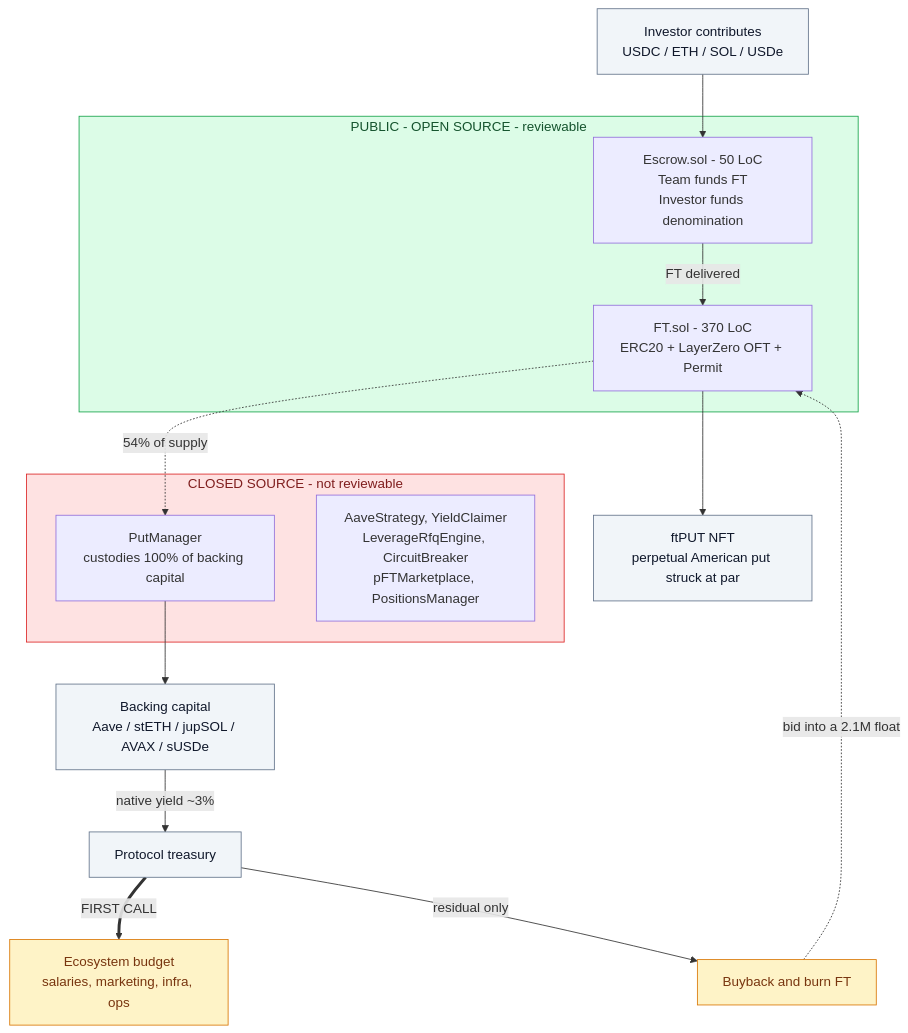
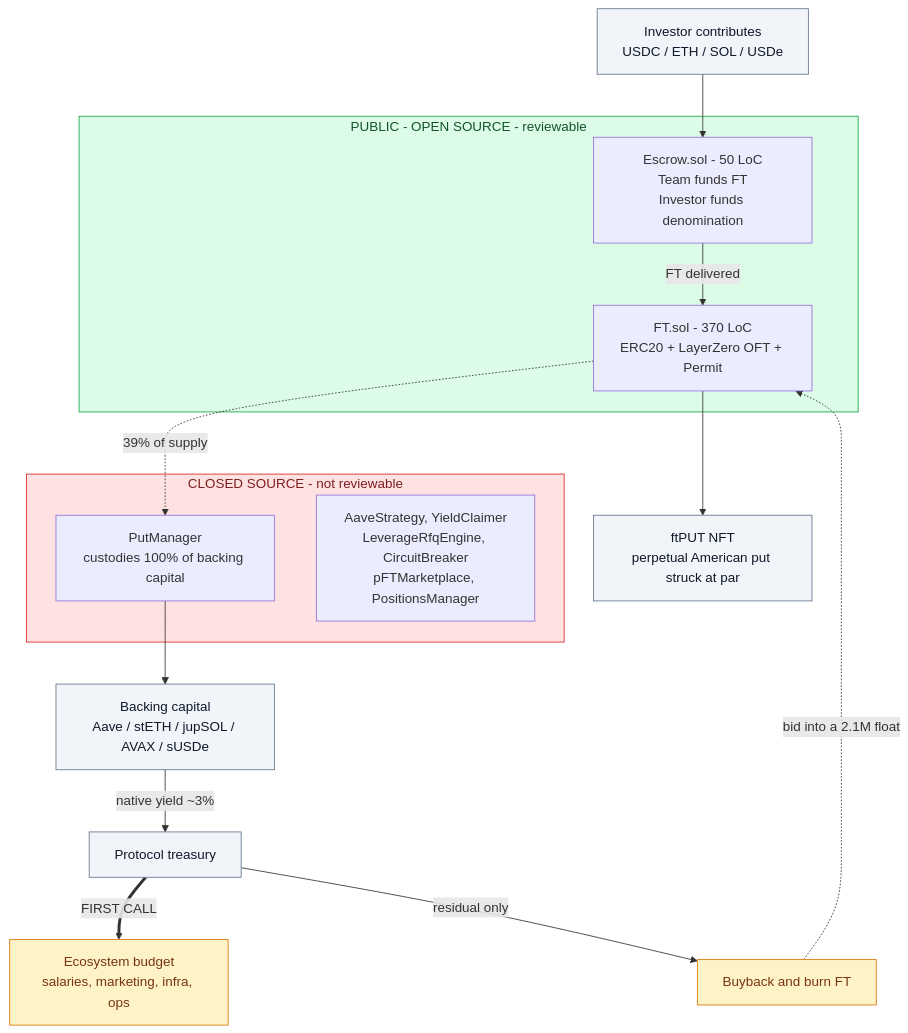
One commit to m0n3r0/flying-tulip-audit changed the diagram in README.md. Above: the diagram before and after it, drawn with Mermaid. The commit also changed other lines of this file and 5 other files, not shown here.

````diff
--- a/README.md
+++ b/README.md
@@ -13,38 +15,38 @@
 ```mermaid
 flowchart TB
     INV["Investor contributes<br/>USDC / ETH / SOL / USDe"]
 
     subgraph OPEN["PUBLIC - OPEN SOURCE - reviewable"]
         ESC["Escrow.sol - 50 LoC<br/>Team funds FT<br/>Investor funds denomination"]
         FTC["FT.sol - 370 LoC<br/>ERC20 + LayerZero OFT + Permit"]
     end
 
     subgraph CLOSED["CLOSED SOURCE - not reviewable"]
         PM["PutManager<br/>custodies 100% of backing capital"]
         STRAT["AaveStrategy, YieldClaimer<br/>LeverageRfqEngine, CircuitBreaker<br/>pFTMarketplace, PositionsManager"]
     end
 
     BACK["Backing capital<br/>Aave / stETH / jupSOL / AVAX / sUSDe"]
     PUT["ftPUT NFT<br/>perpetual American put struck at par"]
     TREAS["Protocol treasury"]
     OPEX["Ecosystem budget<br/>salaries, marketing, infra, ops"]
     BURN["Buyback and burn FT"]
 
     INV --> ESC
     ESC -->|"FT delivered"| FTC
     FTC --> PUT
-    FTC -.->|"54% of supply"| PM
+    FTC -.->|"39% of supply"| PM
     PM --> BACK
     BACK -->|"native yield ~3%"| TREAS
     TREAS ==>|"FIRST CALL"| OPEX
     TREAS -->|"residual only"| BURN
     BURN -.->|"bid into a 2.1M float"| FTC
 
     style OPEN fill:#dcfce7,stroke:#16a34a,color:#14532d
     style CLOSED fill:#fee2e2,stroke:#dc2626,color:#7f1d1d
     classDef neutral fill:#f1f5f9,stroke:#64748b,color:#0f172a
     classDef warn fill:#fef3c7,stroke:#d97706,color:#78350f
     class INV neutral
     class BACK,PUT,TREAS neutral
     class OPEX,BURN warn
 ```
````
